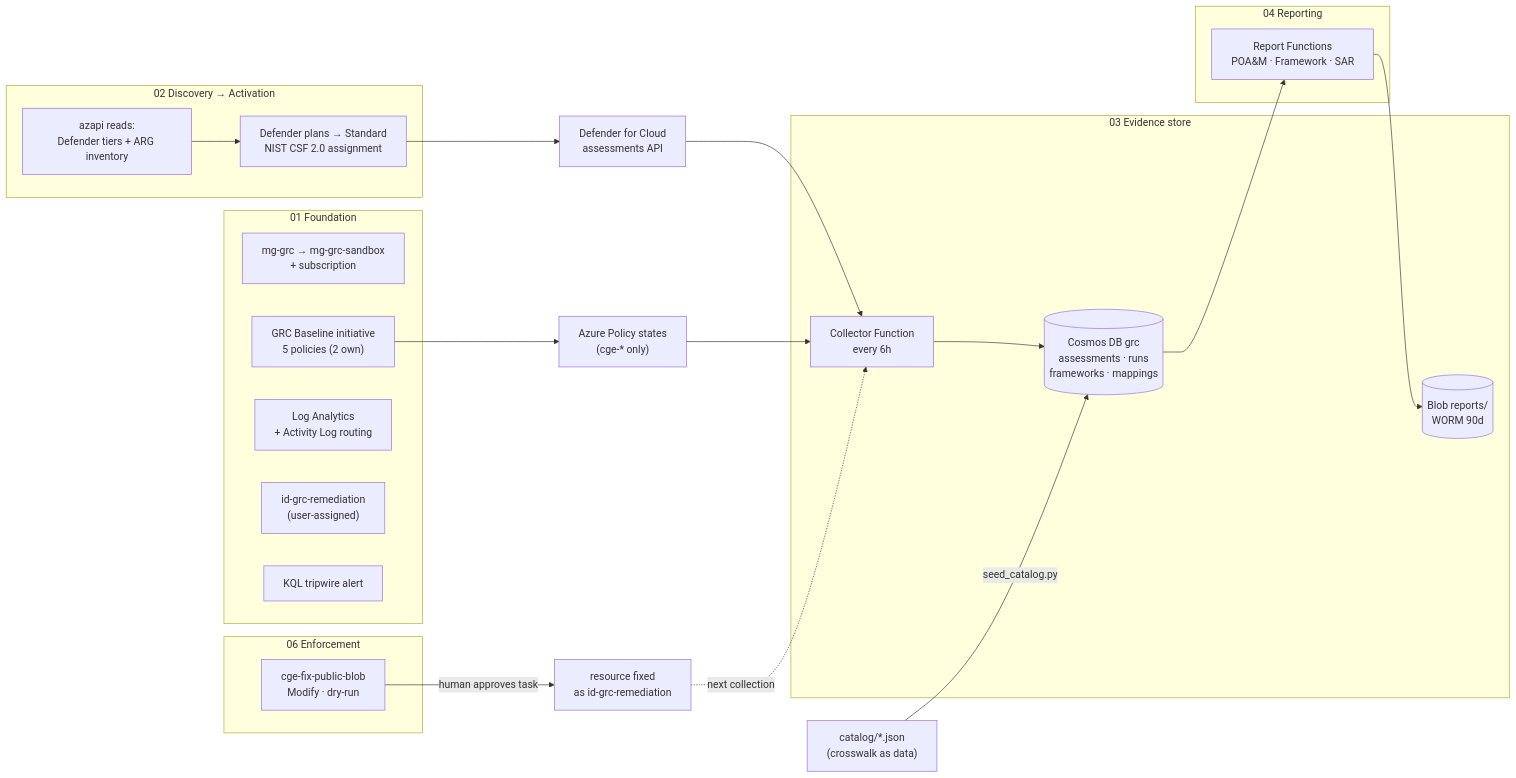
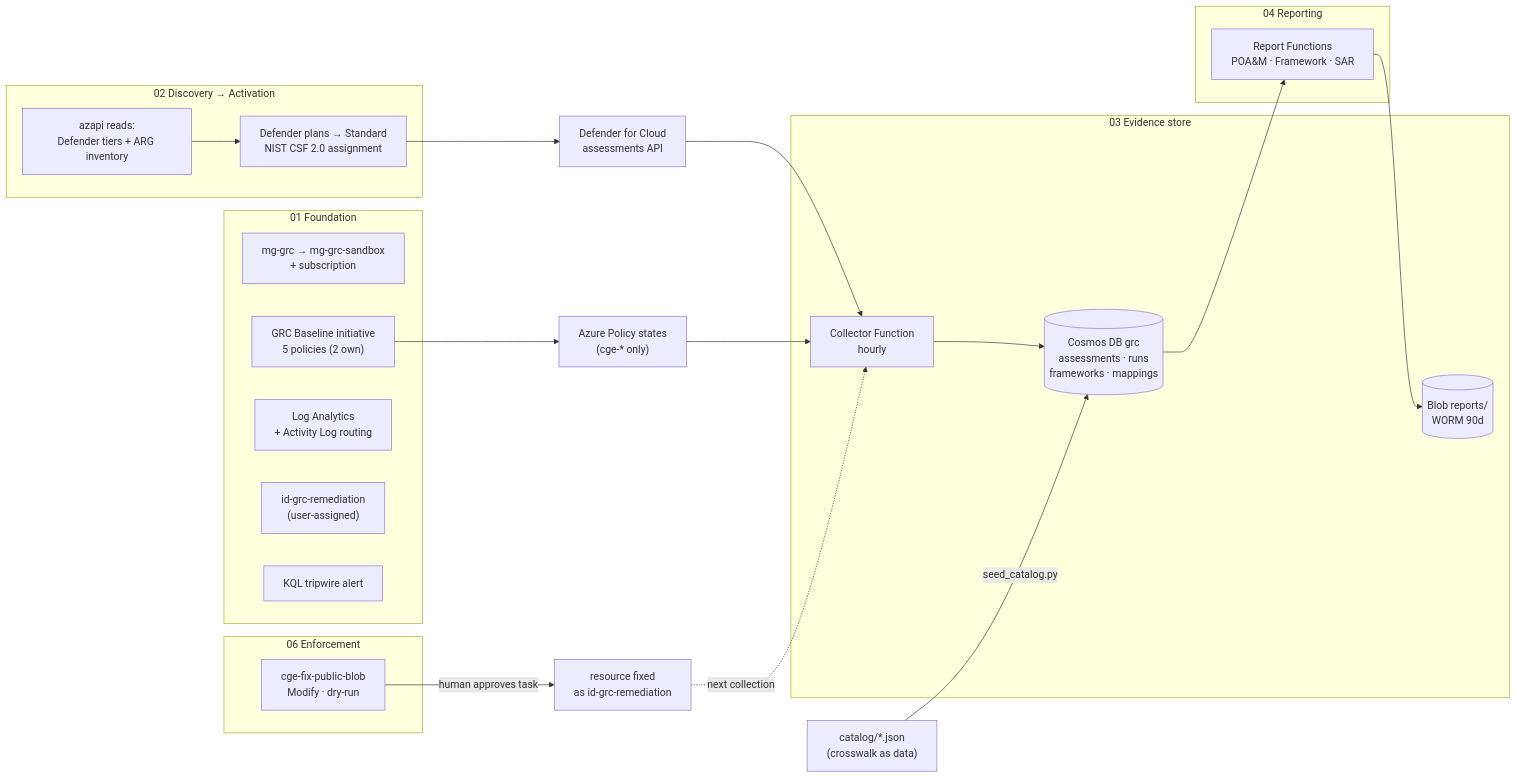
Before and after one commit to fdicarlo/cgeaz: the first of 2 diagrams in docs/ARCHITECTURE.md, drawn with Mermaid. The commit also changed other lines of this file and 10 other files, not shown here.

First line of the commit message:
ops: sandbox timer cadence (hourly collector, 6h reports, daily SAR) + generic remediation approval

````diff
--- a/docs/ARCHITECTURE.md
+++ b/docs/ARCHITECTURE.md
@@ -10,33 +10,33 @@
 ```mermaid
 flowchart LR
     subgraph S1["01 Foundation"]
         MG["mg-grc → mg-grc-sandbox<br/>+ subscription"]
         INIT["GRC Baseline initiative<br/>5 policies (2 own)"]
         LAW["Log Analytics<br/>+ Activity Log routing"]
         RID["id-grc-remediation<br/>(user-assigned)"]
         TRIP["KQL tripwire alert"]
     end
     subgraph S2["02 Discovery → Activation"]
         DISC["azapi reads:<br/>Defender tiers + ARG inventory"]
         ACT["Defender plans → Standard<br/>NIST CSF 2.0 assignment"]
     end
     subgraph S3["03 Evidence store"]
-        COL["Collector Function<br/>every 6h"]
+        COL["Collector Function<br/>hourly"]
         COS[("Cosmos DB grc<br/>assessments · runs<br/>frameworks · mappings")]
         WORM[("Blob reports/<br/>WORM 90d")]
     end
     subgraph S4["04 Reporting"]
         REP["Report Functions<br/>POA&M · Framework · SAR"]
     end
     subgraph S6["06 Enforcement"]
         FIX["cge-fix-public-blob<br/>Modify · dry-run"]
     end
     DEF["Defender for Cloud<br/>assessments API"] --> COL
     POL["Azure Policy states<br/>(cge-* only)"] --> COL
     DISC --> ACT --> DEF
     INIT --> POL
     COL --> COS --> REP --> WORM
     FIX -- "human approves task" --> RES["resource fixed<br/>as id-grc-remediation"]
     RES -. "next collection" .-> COL
     CAT["catalog/*.json<br/>(crosswalk as data)"] -- seed_catalog.py --> COS
 ```
````
